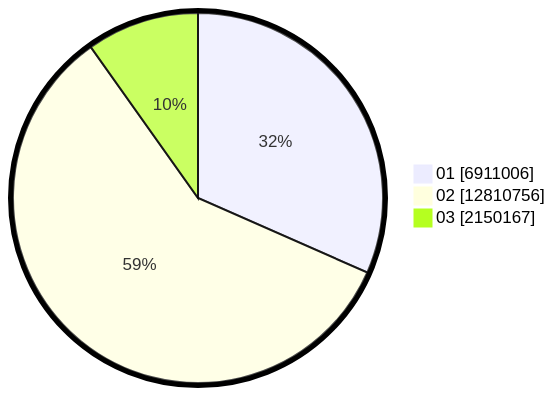
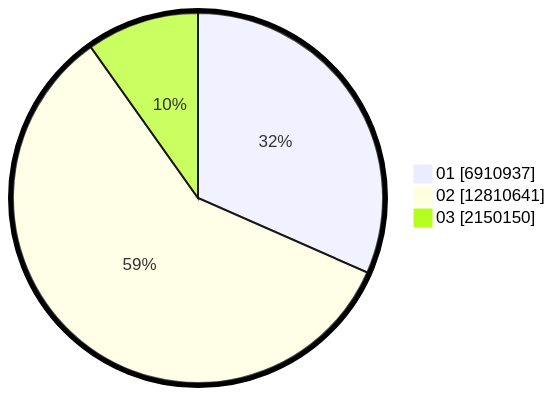
One commit to gigit-pemilu/pemilu-2024 changed the second of 2 diagrams in pilpres/hitung-suara/sub/table-wilayah-32.md. Above: the diagram before and after it, drawn with Mermaid. The commit also changed other lines of this file and 4 other files, not shown here.

````diff
--- a/pilpres/hitung-suara/sub/table-wilayah-32.md
+++ b/pilpres/hitung-suara/sub/table-wilayah-32.md
@@ -15,7 +15,7 @@
 ```mermaid
 %%{init: {"pie": {"textPosition": 0.5}, "themeVariables": {"pieOuterStrokeWidth": "5px"}} }%%
 pie showData
-    "01" : 6911006
-    "02" : 12810756
-    "03" : 2150167
+    "01" : 6910937
+    "02" : 12810641
+    "03" : 2150150
 ```
````
